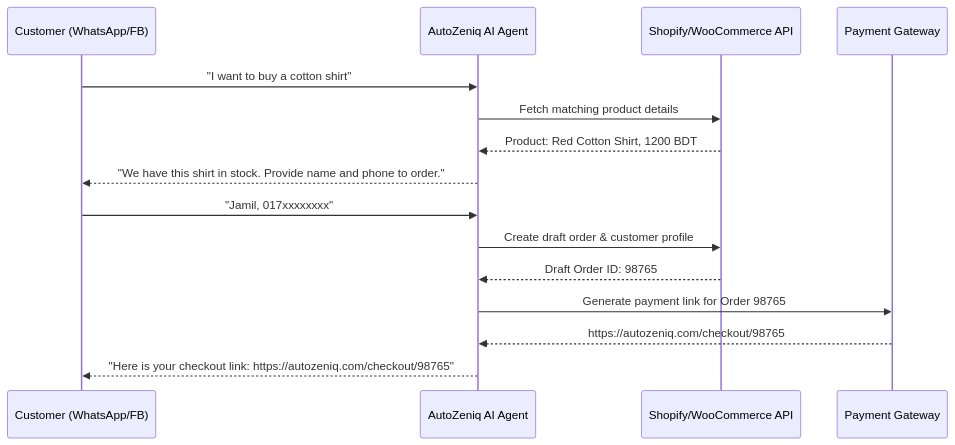
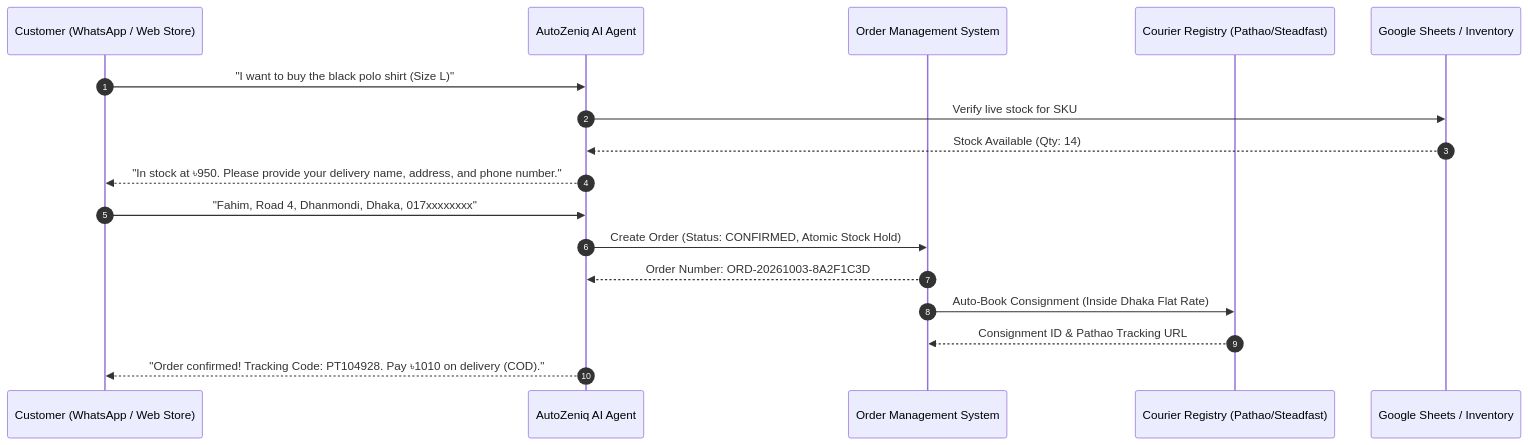
One commit to Autozeniq/autozniq-knowledge changed the diagram in solutions/ecommerce.md. Above: the diagram before and after it, drawn with Mermaid. The commit also changed other lines of this file and 15 other files, not shown here.

````diff
--- a/solutions/ecommerce.md
+++ b/solutions/ecommerce.md
@@ -36,18 +37,20 @@
 ```mermaid
 sequenceDiagram
-    participant Customer as Customer (WhatsApp/FB)
+    autonumber
+    participant Customer as Customer (WhatsApp / Web Store)
     participant Agent as AutoZeniq AI Agent
-    participant Storefront as Shopify/WooCommerce API
-    participant Payment as Payment Gateway
-    
-    Customer->>Agent: "I want to buy a cotton shirt"
-    Agent->>Storefront: Fetch matching product details
-    Storefront-->>Agent: Product: Red Cotton Shirt, 1200 BDT
-    Agent-->>Customer: "We have this shirt in stock. Provide name and phone to order."
-    Customer->>Agent: "Jamil, 017xxxxxxxx"
-    Agent->>Storefront: Create draft order & customer profile
-    Storefront-->>Agent: Draft Order ID: 98765
-    Agent->>Payment: Generate payment link for Order 98765
-    Payment-->>Agent: https://autozeniq.com/checkout/98765
-    Agent-->>Customer: "Here is your checkout link: https://autozeniq.com/checkout/98765"
+    participant OMS as Order Management System
+    participant Logistics as Courier Registry (Pathao/Steadfast)
+    participant Sheet as Google Sheets / Inventory
+
+    Customer->>Agent: "I want to buy the black polo shirt (Size L)"
+    Agent->>Sheet: Verify live stock for SKU
+    Sheet-->>Agent: Stock Available (Qty: 14)
+    Agent-->>Customer: "In stock at ৳950. Please provide your delivery name, address, and phone number."
+    Customer->>Agent: "Fahim, Road 4, Dhanmondi, Dhaka, 017xxxxxxxx"
+    Agent->>OMS: Create Order (Status: CONFIRMED, Atomic Stock Hold)
+    OMS-->>Agent: Order Number: ORD-20261003-8A2F1C3D
+    OMS->>Logistics: Auto-Book Consignment (Inside Dhaka Flat Rate)
+    Logistics-->>OMS: Consignment ID & Pathao Tracking URL
+    Agent-->>Customer: "Order confirmed! Tracking Code: PT104928. Pay ৳1010 on delivery (COD)."
 ```
````
